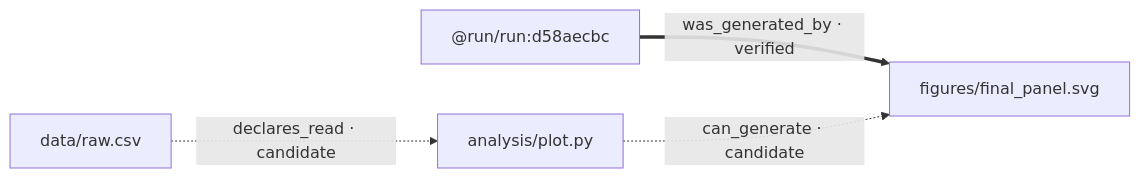
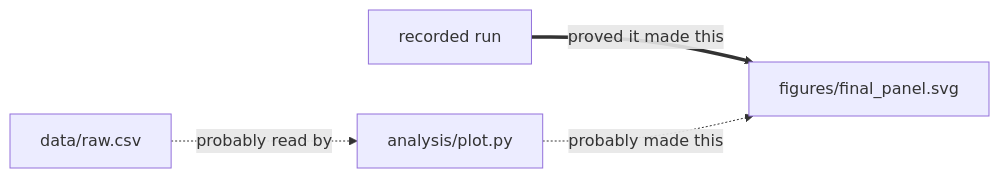
The diagram in README.md (uczltw6/trace-file-lineage), drawn with Mermaid before and after one commit. The commit also changed other lines of this file, not shown here.

````diff
--- a/README.md
+++ b/README.md
@@ -84,10 +121,10 @@
 ```mermaid
 flowchart LR
-    n0["@run/run:d58aecbc"]
+    n0["recorded run"]
     n1["figures/final_panel.svg"]
-    n0 ==>|"was_generated_by · verified"| n1
+    n0 ==>|"proved it made this"| n1
     n2["analysis/plot.py"]
-    n2 -.->|"can_generate · candidate"| n1
+    n2 -.->|"probably made this"| n1
     n3["data/raw.csv"]
-    n3 -.->|"declares_read · candidate"| n2
+    n3 -.->|"probably read by"| n2
 ```
````
